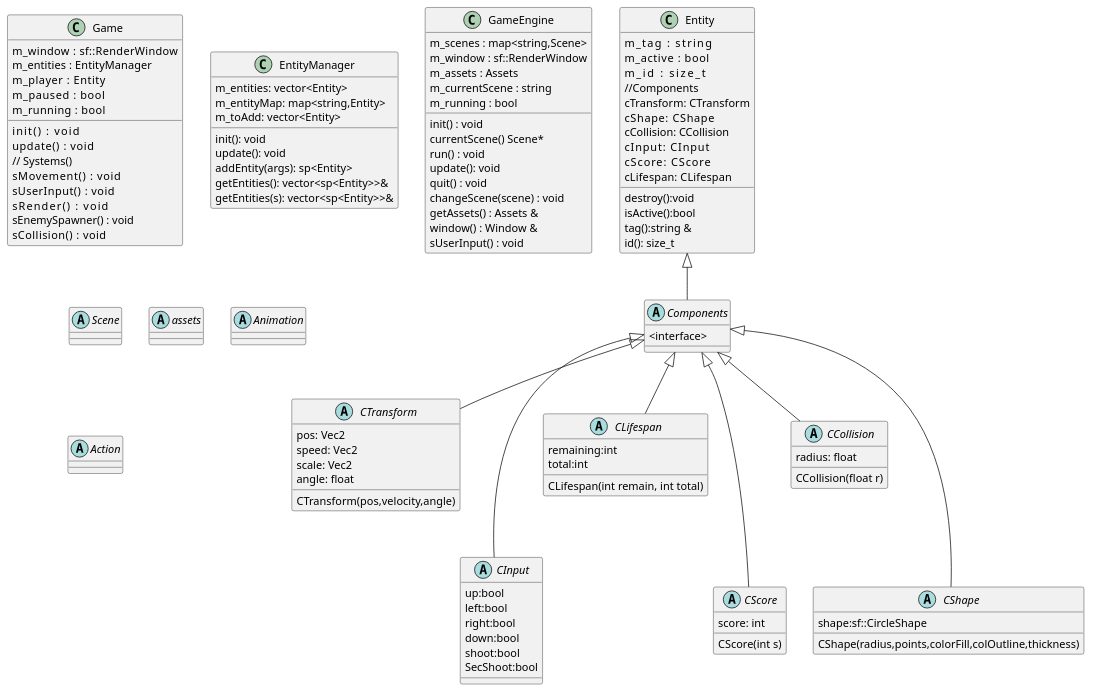
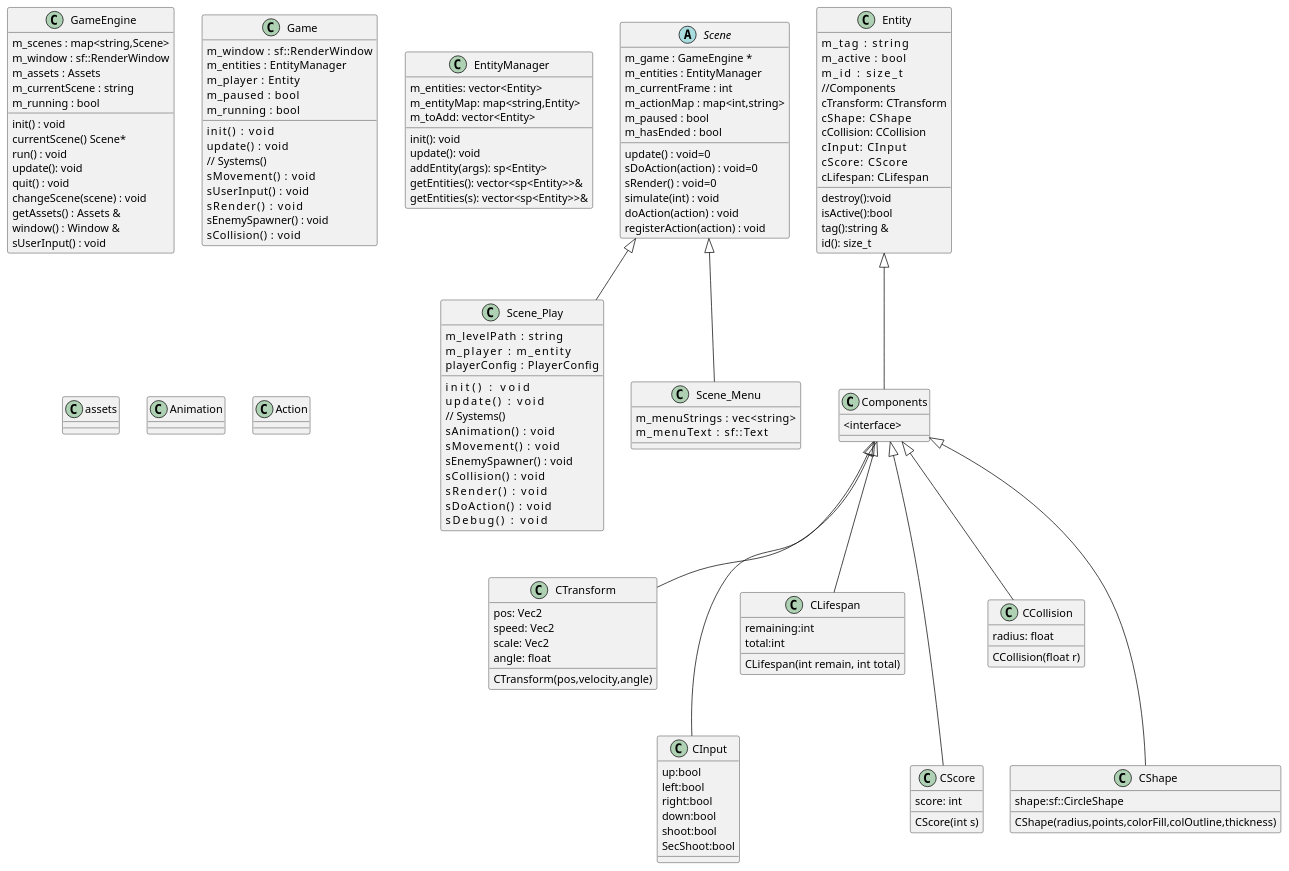
One commit to Manoloon/GameEngine2D changed the diagram in EngineStructure.puml. Above: the diagram before and after it, drawn with PlantUML.

Commit message:
structure for assignment 3

```diff
--- a/EngineStructure.puml
+++ b/EngineStructure.puml
@@ -1,127 +1,167 @@
 @startuml
 'https://plantuml.com/class-diagram
+class GameEngine
+abstract Scene
+class Scene_Play
+class Scene_Menu
+Scene <|-- Scene_Menu
+Scene <|-- Scene_Play
 
-abstract class Game
-abstract class EntityManager
-abstract class Entity
-abstract class Components
+class Game
+class EntityManager
+class Entity
+class Components
 {
 <interface>
 }
+class assets
+class Animation
+class Action
 
-abstract class GameEngine
-abstract class Scene
-abstract class assets
-abstract class Animation
-abstract class Action
-
-abstract CTransform
+class CTransform
 {
 pos: Vec2
 speed: Vec2
 scale: Vec2
 angle: float
 CTransform(pos,velocity,angle)
 }
 Entity<|--Components
 Components<|--CTransform
 Components<|---CInput
 Components<|--CLifespan
 Components<|---CScore
 Components<|--CCollision
 Components<|---CShape
-abstract CCollision
+class CCollision
 {
 radius: float
 CCollision(float r)
 }
-abstract CLifespan
+class CLifespan
 {
 remaining:int
 total:int
 CLifespan(int remain, int total)
 }
-abstract CScore
+class CScore
 {
 score: int
 CScore(int s)
 }
 
-abstract CInput
+class CInput
 {
 up:bool
 left:bool
 right:bool
 down:bool
 shoot:bool
 SecShoot:bool
 }
-abstract CShape
+class CShape
 {
 shape:sf::CircleShape
 CShape(radius,points,colorFill,colOutline,thickness)
 }
 class Game {
 m_window    : sf::RenderWindow
 m_entities  : EntityManager
 m_player    : Entity
 m_paused    : bool
 m_running   : bool
 init()      : void
 update()    : void
 // Systems()
 sMovement()     : void
 sUserInput()    : void
 sRender()       : void
 sEnemySpawner() : void
 sCollision()    : void
 }
 
 class EntityManager
 {
 m_entities: vector<Entity>
 m_entityMap: map<string,Entity>
 m_toAdd: vector<Entity>
 init(): void
 update(): void
 addEntity(args): sp<Entity>
 getEntities(): vector<sp<Entity>>&
 getEntities(s): vector<sp<Entity>>&
 }
 
 class Entity
 {
 m_tag       : string
 m_active    : bool
 m_id        : size_t
 //Components
 cTransform: CTransform
 cShape:    CShape
 cCollision: CCollision
 cInput:     CInput
 cScore:     CScore
 cLifespan:  CLifespan
 destroy():void
 isActive():bool
 tag():string &
 id(): size_t
 }
 
 class GameEngine
 {
 m_scenes : map<string,Scene>
 m_window : sf::RenderWindow
 m_assets : Assets
 m_currentScene : string
 m_running : bool
 init() : void
 currentScene() Scene*
 run() : void
 update(): void
 quit() : void
 changeScene(scene) : void
 getAssets() : Assets &
 window() : Window &
 sUserInput() : void
 }
+abstract Scene
+{
+m_game : GameEngine *
+m_entities : EntityManager
+m_currentFrame : int
+m_actionMap : map<int,string>
+m_paused : bool
+m_hasEnded : bool
+update() : void=0
+sDoAction(action) : void=0
+sRender() : void=0
+simulate(int) : void
+doAction(action) : void
+registerAction(action) : void
+}
+
+class Scene_Play
+{
+m_levelPath     :   string
+m_player        :   m_entity
+playerConfig    :   PlayerConfig
+init()          :   void
+update()        :   void
+// Systems()
+sAnimation()    :   void
+sMovement()     :   void
+sEnemySpawner() :   void
+sCollision()    :   void
+sRender()       :   void
+sDoAction()     :   void
+sDebug()        :   void
+}
+class Scene_Menu
+{
+m_menuStrings   :   vec<string>
+m_menuText      :   sf::Text
+}
 @enduml
```
